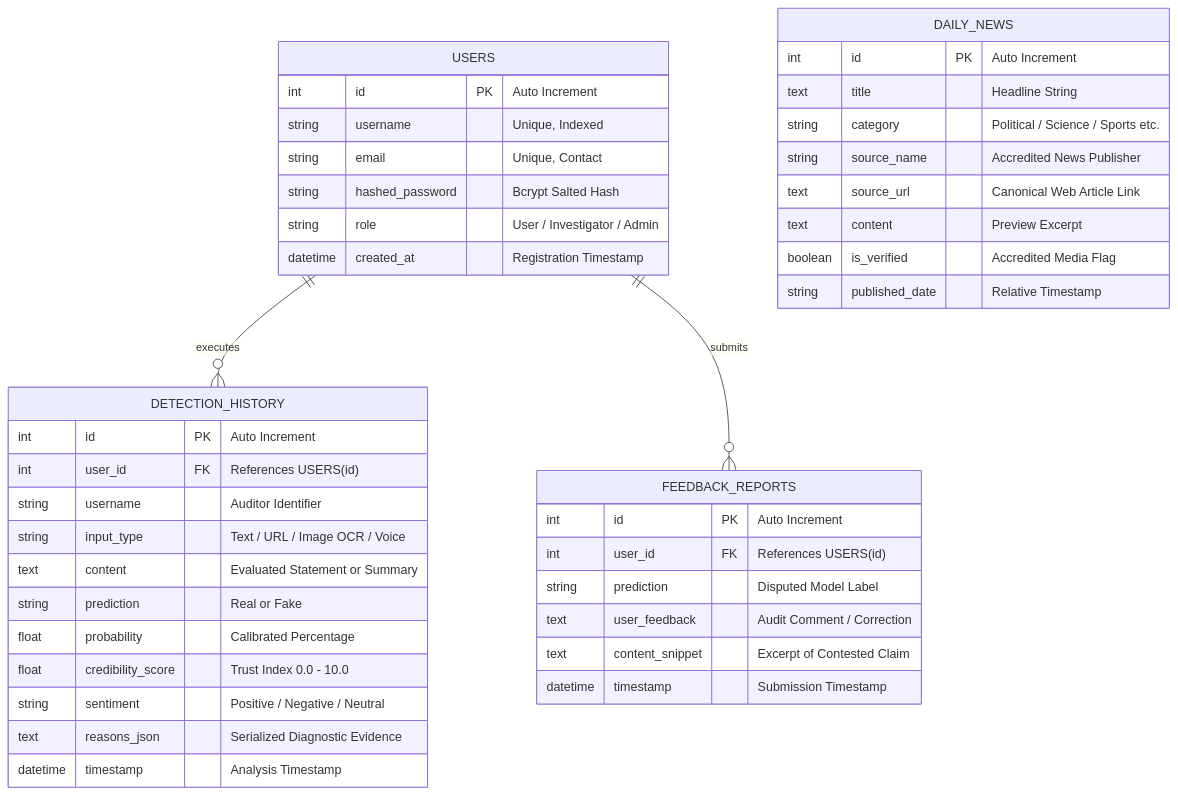
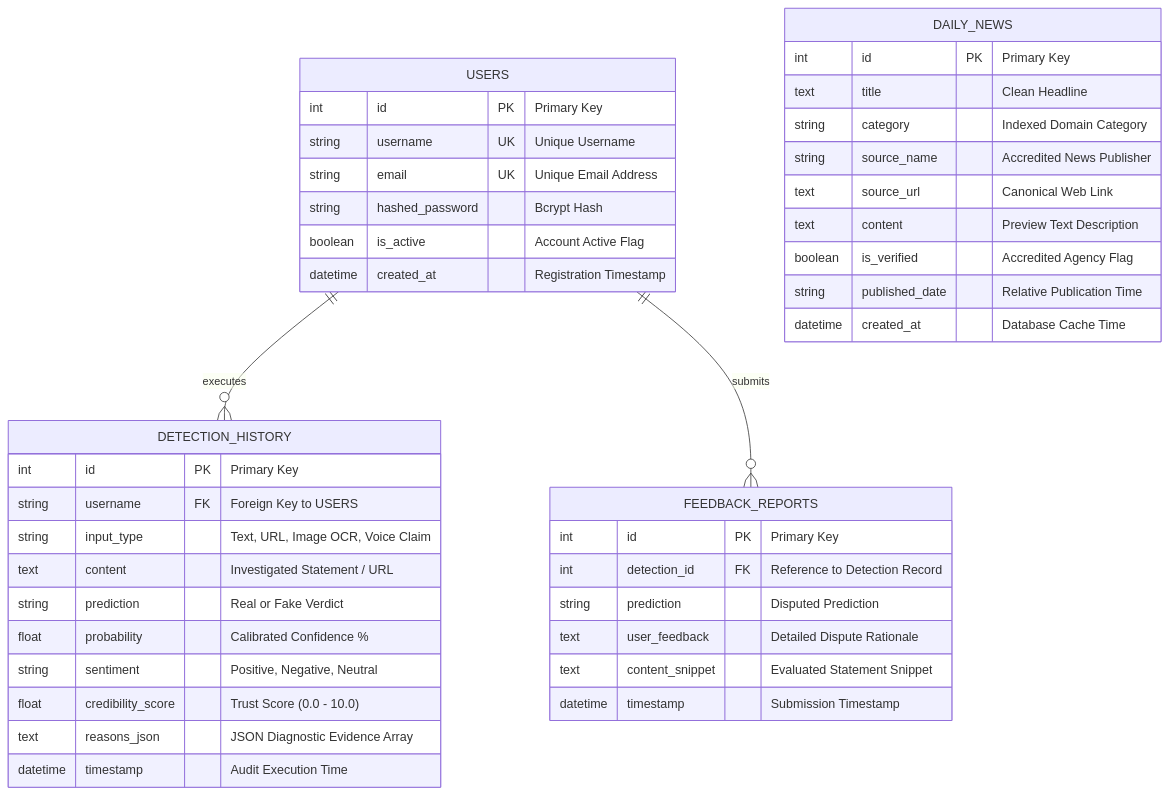
The fourth of 4 diagrams in PROJECT_DOCUMENTATION.md (elak24aid-create/Veritas-Project), drawn with Mermaid before and after one commit. The commit also changed other lines of this file, not shown here.

Commit message:
docs: complete comprehensive academic project documentation matching index structure

````diff
--- a/PROJECT_DOCUMENTATION.md
+++ b/PROJECT_DOCUMENTATION.md
@@ -620,48 +572,48 @@
 ```mermaid
 erDiagram
     USERS ||--o{ DETECTION_HISTORY : executes
     USERS ||--o{ FEEDBACK_REPORTS : submits
-
+    
     USERS {
-        int id PK "Auto Increment"
-        string username "Unique, Indexed"
-        string email "Unique, Contact"
-        string hashed_password "Bcrypt Salted Hash"
-        string role "User / Investigator / Admin"
+        int id PK "Primary Key"
+        string username UK "Unique Username"
+        string email UK "Unique Email Address"
+        string hashed_password "Bcrypt Hash"
+        boolean is_active "Account Active Flag"
         datetime created_at "Registration Timestamp"
     }
 
     DETECTION_HISTORY {
-        int id PK "Auto Increment"
-        int user_id FK "References USERS(id)"
-        string username "Auditor Identifier"
-        string input_type "Text / URL / Image OCR / Voice"
-        text content "Evaluated Statement or Summary"
-        string prediction "Real or Fake"
-        float probability "Calibrated Percentage"
-        float credibility_score "Trust Index 0.0 - 10.0"
-        string sentiment "Positive / Negative / Neutral"
-        text reasons_json "Serialized Diagnostic Evidence"
-        datetime timestamp "Analysis Timestamp"
+        int id PK "Primary Key"
+        string username FK "Foreign Key to USERS"
+        string input_type "Text, URL, Image OCR, Voice Claim"
+        text content "Investigated Statement / URL"
+        string prediction "Real or Fake Verdict"
+        float probability "Calibrated Confidence %"
+        string sentiment "Positive, Negative, Neutral"
+        float credibility_score "Trust Score (0.0 - 10.0)"
+        text reasons_json "JSON Diagnostic Evidence Array"
+        datetime timestamp "Audit Execution Time"
     }
 
     DAILY_NEWS {
-        int id PK "Auto Increment"
-        text title "Headline String"
-        string category "Political / Science / Sports etc."
+        int id PK "Primary Key"
+        text title "Clean Headline"
+        string category "Indexed Domain Category"
         string source_name "Accredited News Publisher"
-        text source_url "Canonical Web Article Link"
-        text content "Preview Excerpt"
-        boolean is_verified "Accredited Media Flag"
-        string published_date "Relative Timestamp"
+        text source_url "Canonical Web Link"
+        text content "Preview Text Description"
+        boolean is_verified "Accredited Agency Flag"
+        string published_date "Relative Publication Time"
+        datetime created_at "Database Cache Time"
     }
 
     FEEDBACK_REPORTS {
-        int id PK "Auto Increment"
-        int user_id FK "References USERS(id)"
-        string prediction "Disputed Model Label"
-        text user_feedback "Audit Comment / Correction"
-        text content_snippet "Excerpt of Contested Claim"
+        int id PK "Primary Key"
+        int detection_id FK "Reference to Detection Record"
+        string prediction "Disputed Prediction"
+        text user_feedback "Detailed Dispute Rationale"
+        text content_snippet "Evaluated Statement Snippet"
         datetime timestamp "Submission Timestamp"
     }
 ```
````
